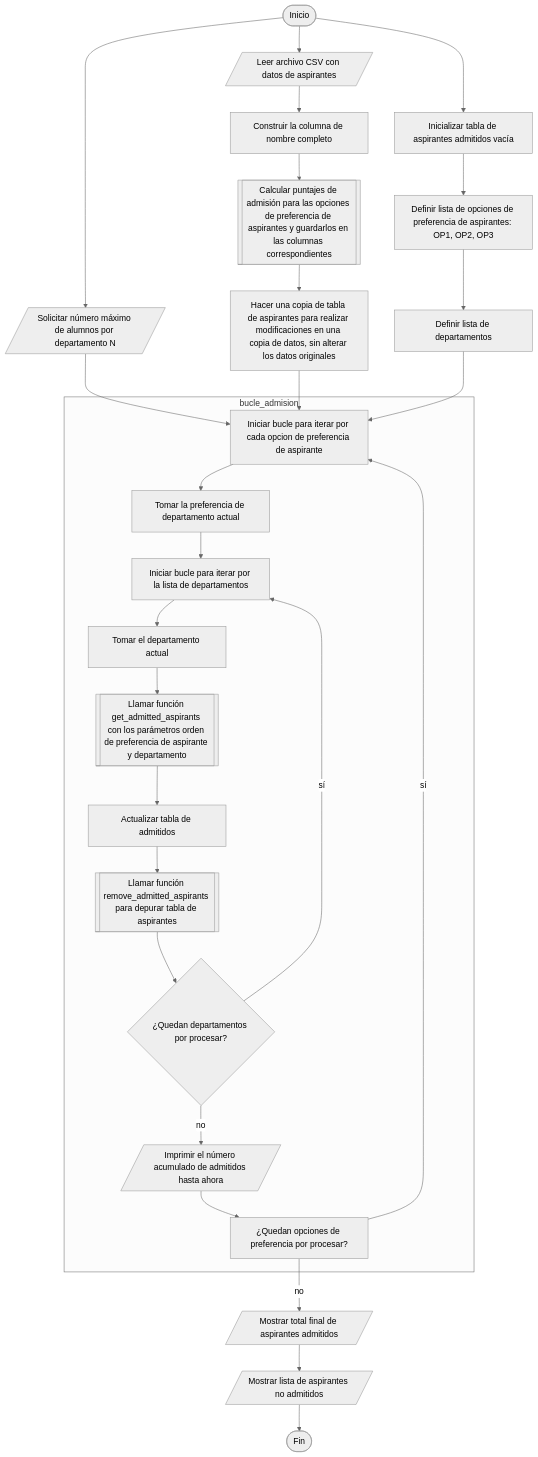
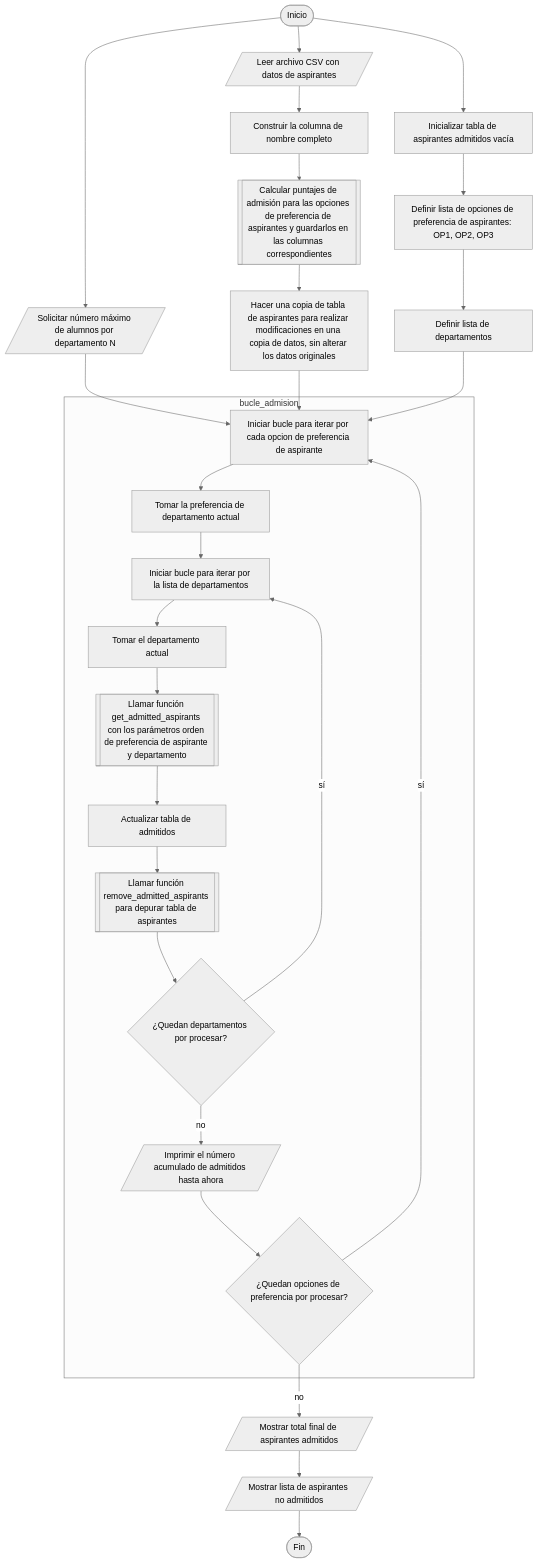
The diagram in Unidad_3/Proyecto_3_algoritmo.mermaid (vshalisko/PythonIntro), drawn with Mermaid (neutral theme) before and after one commit.

```diff
--- a/Unidad_3/Proyecto_3_algoritmo.mermaid
+++ b/Unidad_3/Proyecto_3_algoritmo.mermaid
@@ -1,29 +1,29 @@
 flowchart TD
 
 A([Inicio]) --> B[/Leer archivo CSV con datos de aspirantes/]
 A --> C[/Solicitar número máximo de alumnos por departamento N/]
 A --> D[Inicializar tabla de aspirantes admitidos vacía]
 B --> B1[Construir la columna de nombre completo]
 B1 --> B2[[Calcular puntajes de admisión para las opciones de preferencia de aspirantes y guardarlos en las columnas correspondientes]]
 B2 --> E[Hacer una copia de tabla de aspirantes para realizar modificaciones en una copia de datos, sin alterar los datos originales]
 D --> F1[Definir lista de opciones de preferencia de aspirantes: OP1, OP2, OP3]
 F1 --> F[Definir lista de departamentos]
 C --> G
 E --> G
 F --> G
 subgraph bucle_admision
 G[Iniciar bucle para iterar por cada opcion de preferencia de aspirante] --> H[Tomar la preferencia de departamento actual]
 H --> I[Iniciar bucle para iterar por la lista de departamentos]
 I --> J[Tomar el departamento actual]
 J --> K[[Llamar función get_admitted_aspirants con los parámetros orden de preferencia de aspirante y departamento]]
 K --> L[Actualizar tabla de admitidos]
 L --> M[[Llamar función remove_admitted_aspirants para depurar tabla de aspirantes]]
 M --> N{¿Quedan departamentos por procesar?}
 N -- sí --> I
 N -- no --> O[/Imprimir el número acumulado de admitidos hasta ahora/]
-O --> P[¿Quedan opciones de preferencia por procesar?]
+O --> P{¿Quedan opciones de preferencia por procesar?}
 P -- sí --> G
 end
 P -- no --> Q[/Mostrar total final de aspirantes admitidos/]
 Q --> R[/Mostrar lista de aspirantes no admitidos/]
 R --> S([Fin])
```
